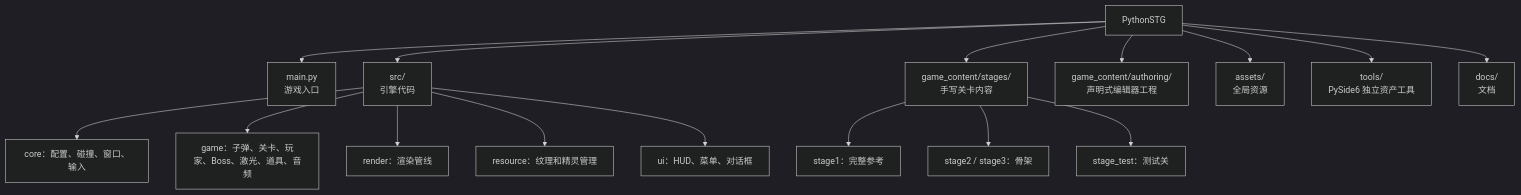
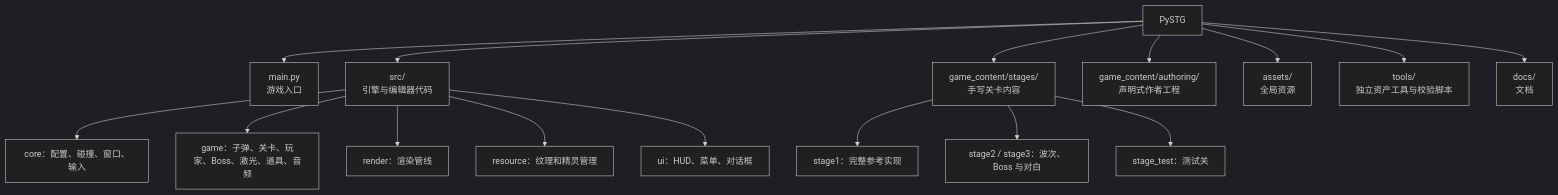
The diagram in docs/getting-started.md (qwqpap/PythonSTG), drawn with Mermaid (dark theme) before and after one commit. The commit also changed other lines of this file and 29 other files, not shown here.

````diff
--- a/docs/getting-started.md
+++ b/docs/getting-started.md
@@ -67,29 +65,29 @@
 ```mermaid
 flowchart TB
-    root["PythonSTG"]
+    root["PySTG"]
     main["main.py<br/>游戏入口"]
-    src["src/<br/>引擎代码"]
+    src["src/<br/>引擎与编辑器代码"]
     gameContent["game_content/stages/<br/>手写关卡内容"]
-    authoring["game_content/authoring/<br/>声明式编辑器工程"]
+    authoring["game_content/authoring/<br/>声明式作者工程"]
     assets["assets/<br/>全局资源"]
-    tools["tools/<br/>PySide6 独立资产工具"]
+    tools["tools/<br/>独立资产工具与校验脚本"]
     docs["docs/<br/>文档"]
 
     root --> main
     root --> src
     root --> gameContent
     root --> authoring
     root --> assets
     root --> tools
     root --> docs
 
     src --> core["core：配置、碰撞、窗口、输入"]
     src --> game["game：子弹、关卡、玩家、Boss、激光、道具、音频"]
     src --> render["render：渲染管线"]
     src --> resource["resource：纹理和精灵管理"]
     src --> ui["ui：HUD、菜单、对话框"]
 
-    gameContent --> stage1["stage1：完整参考"]
-    gameContent --> stage23["stage2 / stage3：骨架"]
+    gameContent --> stage1["stage1：完整参考实现"]
+    gameContent --> stage23["stage2 / stage3：波次、Boss 与对白"]
     gameContent --> stageTest["stage_test：测试关"]
 ```
````
